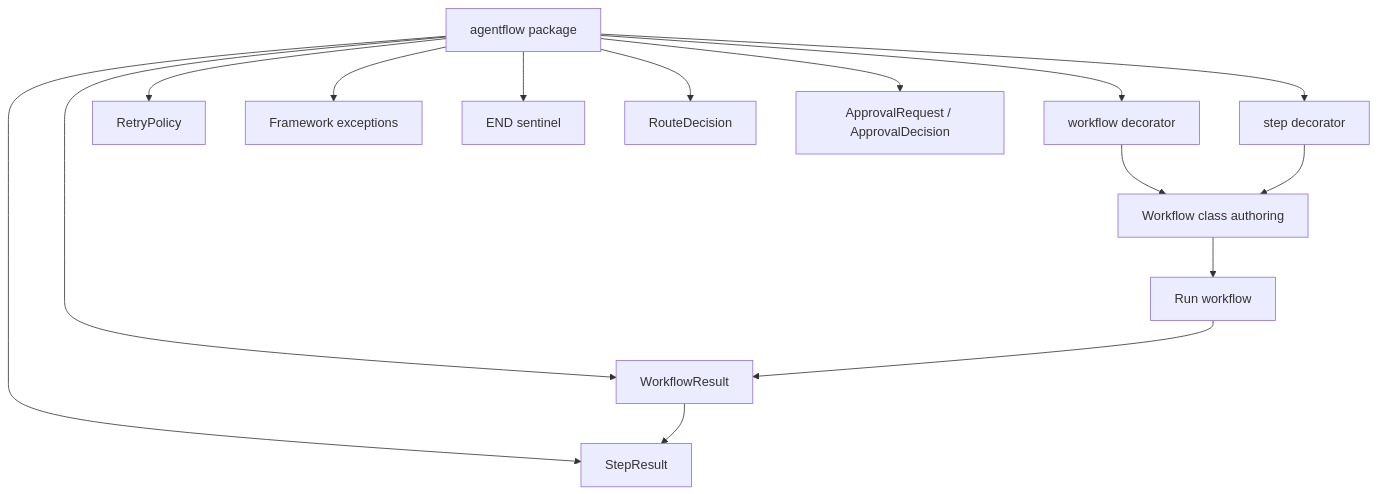
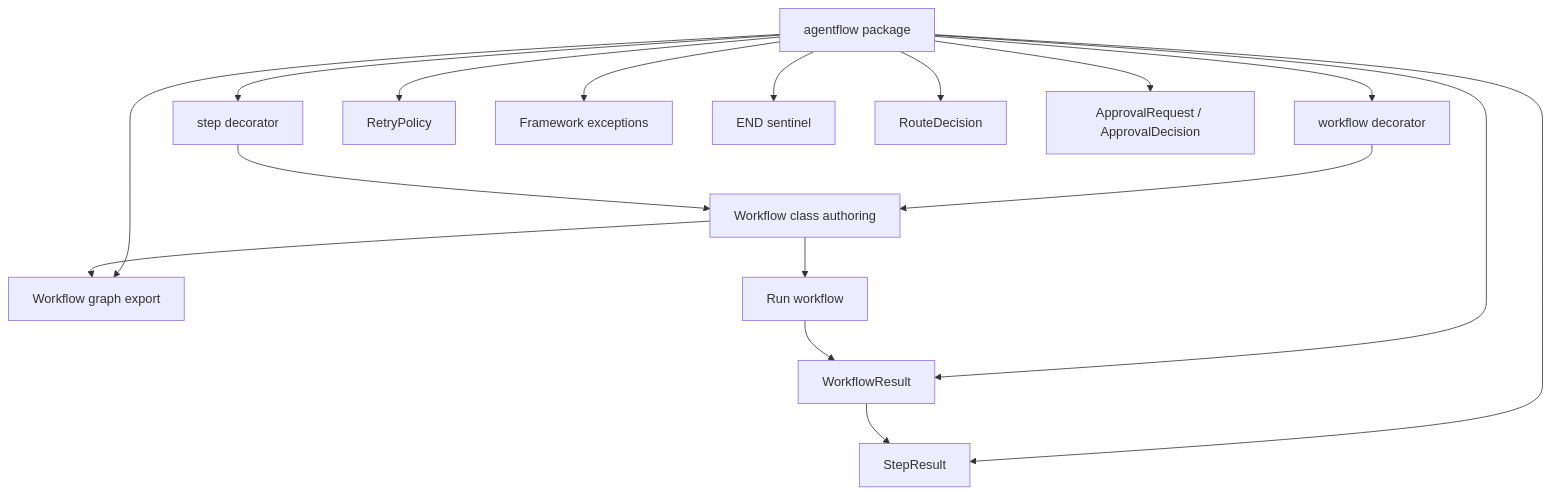
Before and after one commit to danishali778/agentflowkit: the diagram in docs/architecture/api.md, drawn with Mermaid. The commit also changed other lines of this file and 14 other files, not shown here.

First line of the commit message:
feat: add workflow graph export (#9)

````diff
--- a/docs/architecture/api.md
+++ b/docs/architecture/api.md
@@ -37,17 +41,19 @@
 ```mermaid
 flowchart TD
     A[agentflow package] --> B[workflow decorator]
     A --> C[step decorator]
     A --> D[WorkflowResult]
     A --> E[StepResult]
     A --> F[RetryPolicy]
     A --> G[Framework exceptions]
     A --> J[END sentinel]
     A --> K[RouteDecision]
     A --> L[ApprovalRequest / ApprovalDecision]
+    A --> M[Workflow graph export]
     B --> H[Workflow class authoring]
     C --> H
     H --> I[Run workflow]
     I --> D
     D --> E
+    H --> M
 ```
````
